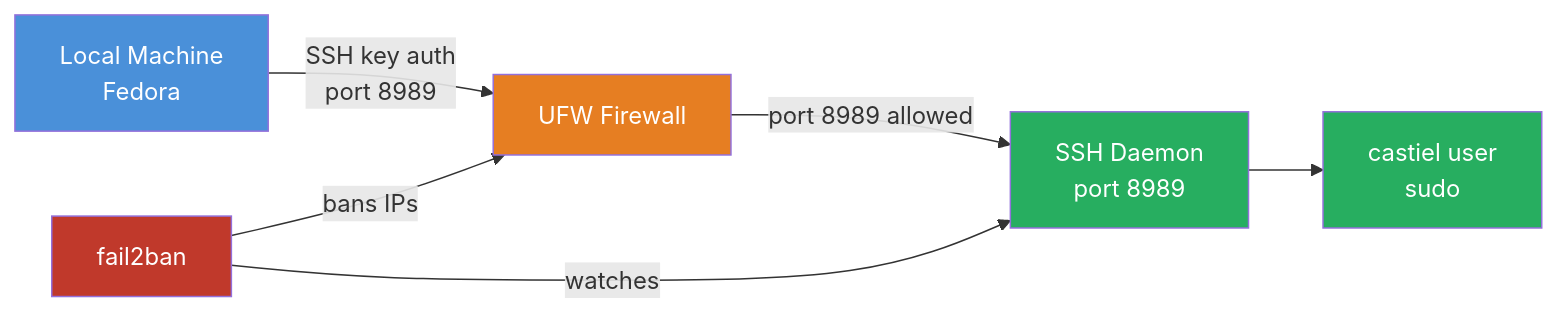
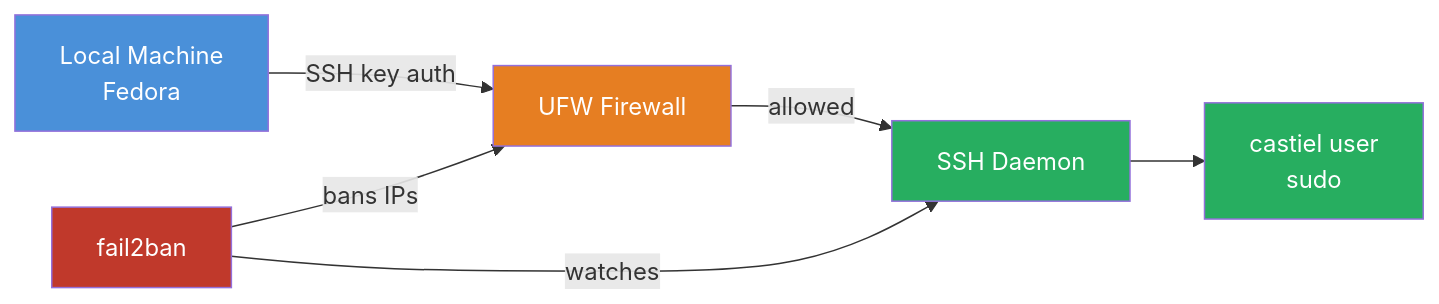
The first of 4 diagrams in README.md (shubhamkokul/linux-game-server-setup), drawn with Mermaid before and after one commit. The commit also changed other lines of this file, not shown here.

Commit message:
Replace real port and IP with placeholders in public README

````diff
--- a/README.md
+++ b/README.md
@@ -20,14 +20,14 @@
 ```mermaid
 graph LR
-    A[Local Machine<br/>Fedora] -->|SSH key auth<br/>port 8989| B[UFW Firewall]
-    B -->|port 8989 allowed| C[SSH Daemon<br/>port 8989]
+    A[Local Machine<br/>Fedora] -->|SSH key auth<br/><your-port>| B[UFW Firewall]
+    B -->|<your-port> allowed| C[SSH Daemon<br/><your-port>]
     C --> D[castiel user<br/>sudo]
     E[fail2ban] -->|watches| C
     E -->|bans IPs| B
 
     style A fill:#4A90D9,color:#fff
     style B fill:#E67E22,color:#fff
     style C fill:#27AE60,color:#fff
     style D fill:#27AE60,color:#fff
     style E fill:#C0392B,color:#fff
 ```
````
